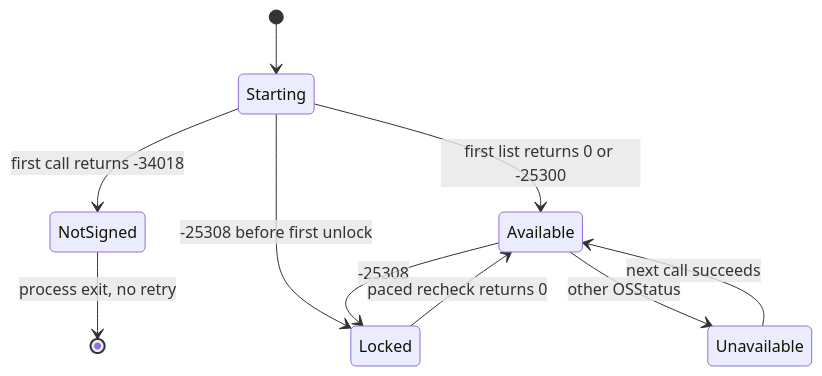
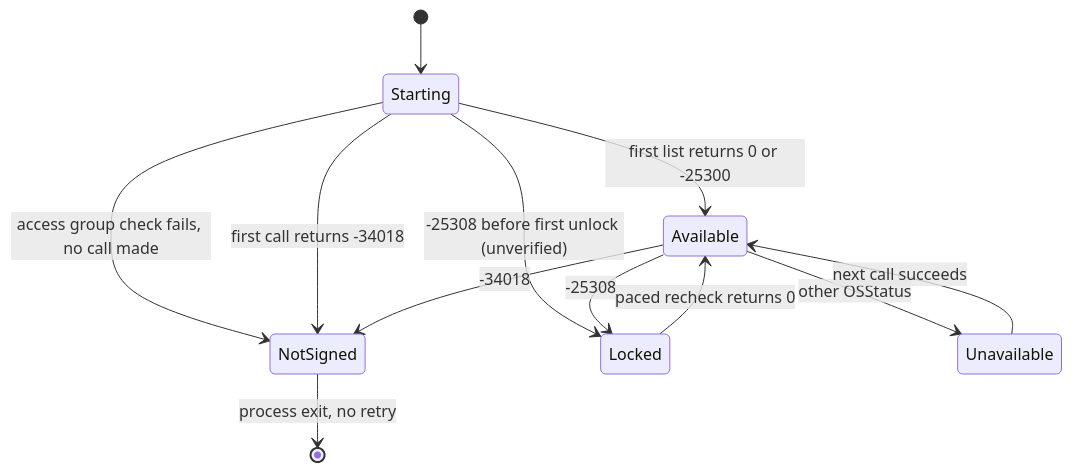
The seventh of 11 diagrams in docs/designs/release-signing.md (pidster/asura), drawn with Mermaid before and after one commit. The commit also changed other lines of this file and 4 other files, not shown here.

````diff
--- a/docs/designs/release-signing.md
+++ b/docs/designs/release-signing.md
@@ -737,12 +829,14 @@
 ```mermaid
 stateDiagram-v2
     [*] --> Starting
+    Starting --> NotSigned: access group check fails, no call made
     Starting --> NotSigned: first call returns -34018
     Starting --> Available: first list returns 0 or -25300
-    Starting --> Locked: -25308 before first unlock
+    Starting --> Locked: -25308 before first unlock (unverified)
     Available --> Locked: -25308
     Locked --> Available: paced recheck returns 0
     Available --> Unavailable: other OSStatus
     Unavailable --> Available: next call succeeds
+    Available --> NotSigned: -34018
     NotSigned --> [*]: process exit, no retry
 ```
````
